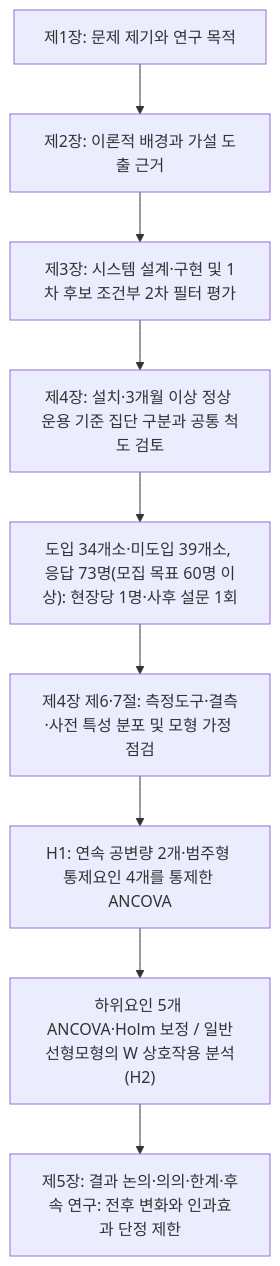
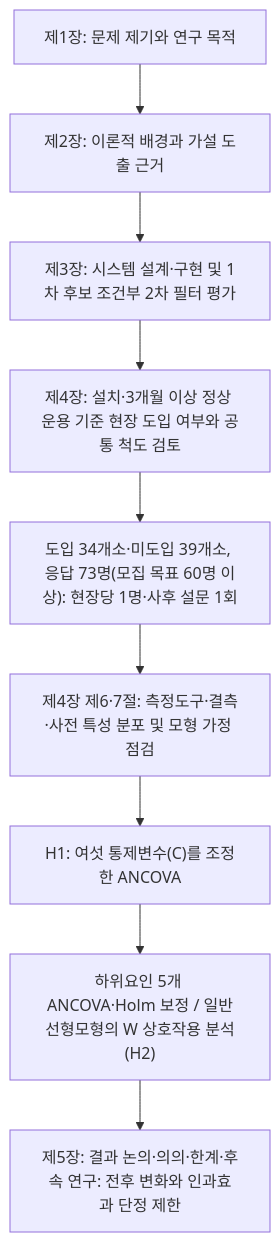
Before and after one commit to yoonhyuk12/ggthesis: the diagram in 01.docs/01_서론.md, drawn with Mermaid. The commit also changed other lines of this file and 23 other files, not shown here.

````diff
--- a/01.docs/01_서론.md
+++ b/01.docs/01_서론.md
@@ -75,11 +75,11 @@
 ```mermaid
 flowchart TD
   A1["제1장: 문제 제기와 연구 목적"] --> A2["제2장: 이론적 배경과 가설 도출 근거"]
   A2 --> B["제3장: 시스템 설계·구현 및 1차 후보 조건부 2차 필터 평가"]
-  B --> C["제4장: 설치·3개월 이상 정상 운용 기준 집단 구분과 공통 척도 검토"]
+  B --> C["제4장: 설치·3개월 이상 정상 운용 기준 현장 도입 여부와 공통 척도 검토"]
   C --> D["도입 34개소·미도입 39개소, 응답 73명(모집 목표 60명 이상): 현장당 1명·사후 설문 1회"]
   D --> E["제4장 제6·7절: 측정도구·결측·사전 특성 분포 및 모형 가정 점검"]
-  E --> F["H1: 연속 공변량 2개·범주형 통제요인 4개를 통제한 ANCOVA"]
+  E --> F["H1: 여섯 통제변수(C)를 조정한 ANCOVA"]
   F --> G["하위요인 5개 ANCOVA·Holm 보정 / 일반선형모형의 W 상호작용 분석(H2)"]
   G --> H["제5장: 결과 논의·의의·한계·후속 연구: 전후 변화와 인과효과 단정 제한"]
 ```
````
